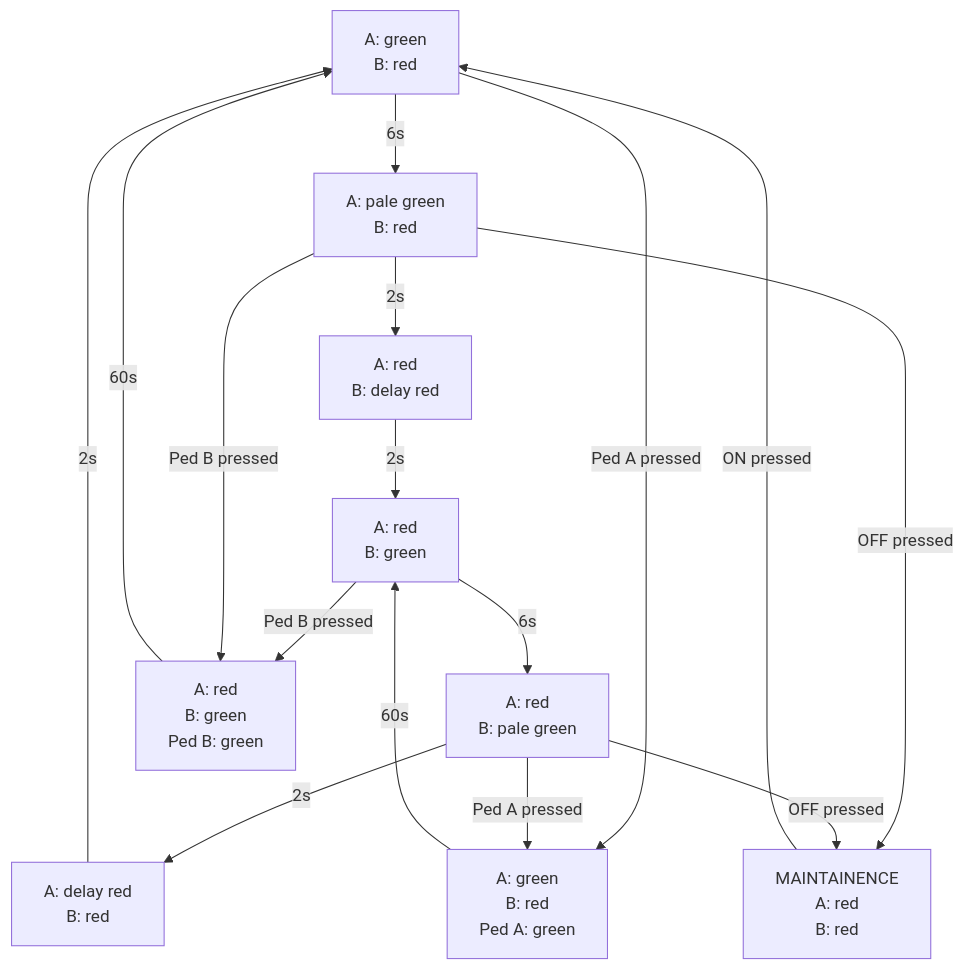
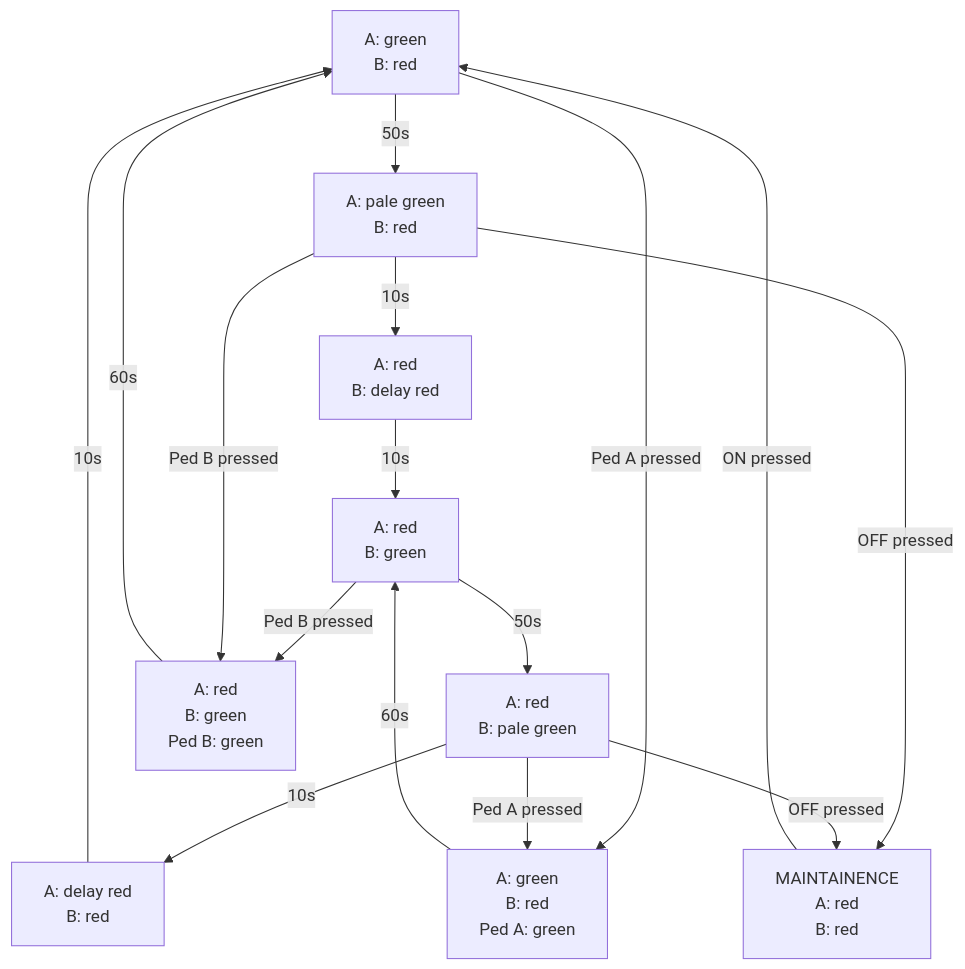
The diagram in report/part2.mmd (ECSE303TrevorCubed/Traffic), drawn with Mermaid before and after one commit.

Commit message:
fix: times in mermaid p2

```diff
--- a/report/part2.mmd
+++ b/report/part2.mmd
@@ -1,19 +1,19 @@
 flowchart TB
-    ag["A: green\nB: red"] --"6s"--> ap
-    ap["A: pale green\nB: red"] --"2s"--> ar
-    ar["A: red\nB: delay red"] --"2s"--> bg
-    bg["A: red\nB: green"] --"6s"--> bp
-    bp["A: red\nB: pale green"] --"2s"--> br
-    br["A: delay red\nB: red"] --"2s"--> ag
+    ag["A: green\nB: red"] --"50s"--> ap
+    ap["A: pale green\nB: red"] --"10s"--> ar
+    ar["A: red\nB: delay red"] --"10s"--> bg
+    bg["A: red\nB: green"] --"50s"--> bp
+    bp["A: red\nB: pale green"] --"10s"--> br
+    br["A: delay red\nB: red"] --"10s"--> ag
     maintain["MAINTAINENCE\nA: red\nB: red"]
     ap --"OFF pressed"--> maintain
     bp --"OFF pressed"--> maintain
     maintain --"ON pressed"--> ag
     peda["A: green\nB: red\nPed A: green"]
     pedb["A: red\nB: green\nPed B: green"]
     ag --"Ped A pressed"--> peda
     bp --"Ped A pressed"--> peda
     peda --"60s"--> bg
     bg --"Ped B pressed"--> pedb
     ap --"Ped B pressed"--> pedb
     pedb --"60s"--> ag
```
